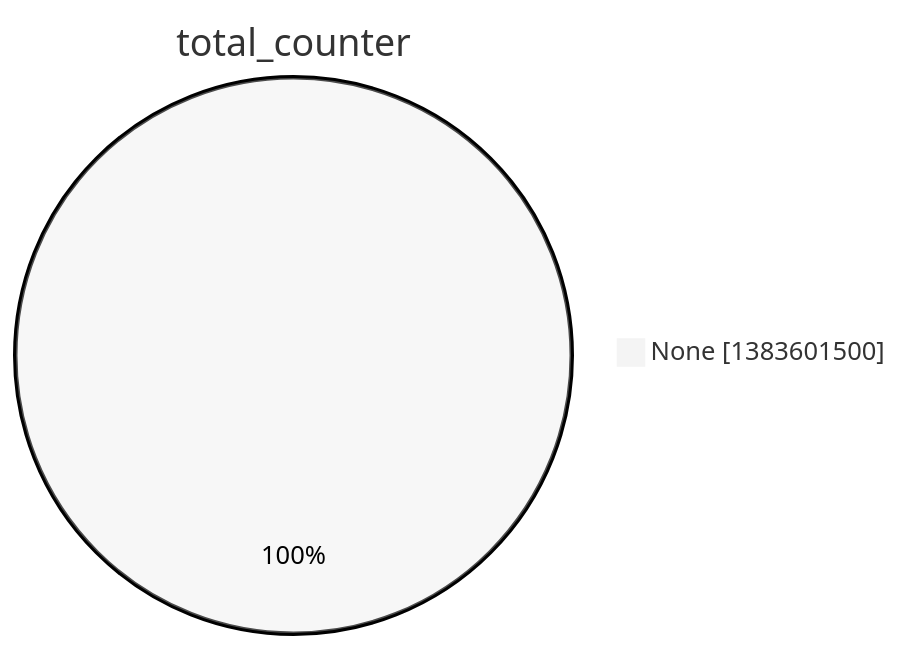
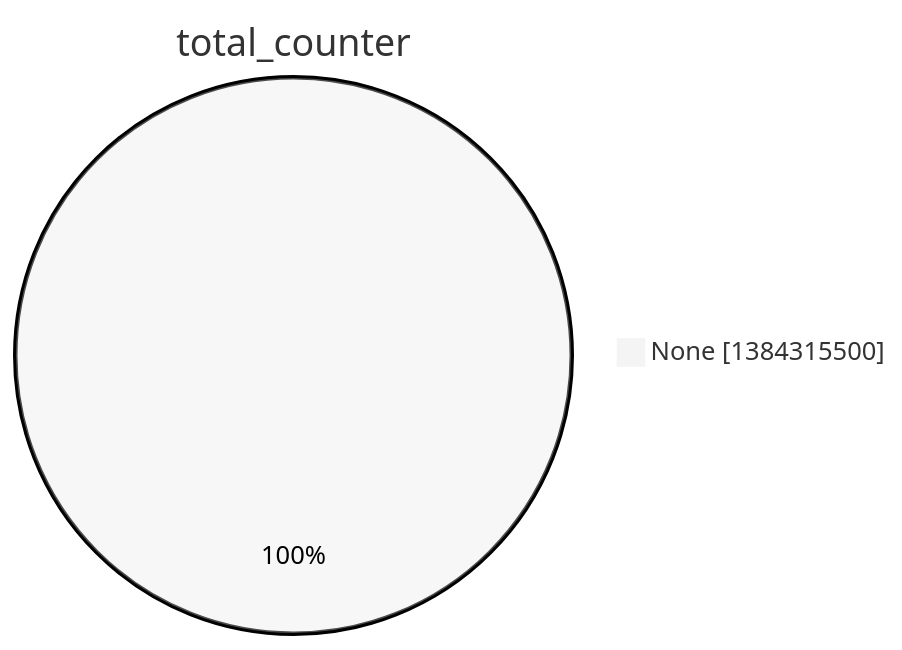
The second of 15 diagrams in argon2022/README.md (christiankrug/ctmonitor_visualization), drawn with Mermaid (neutral theme) before and after one commit. The commit also changed other lines of this file, not shown here.

````diff
--- a/argon2022/README.md
+++ b/argon2022/README.md
@@ -9,5 +9,5 @@
 ```mermaid
 pie showData
 title total_counter
-"None" :1383601500
+"None" :1384315500
 ```
````
